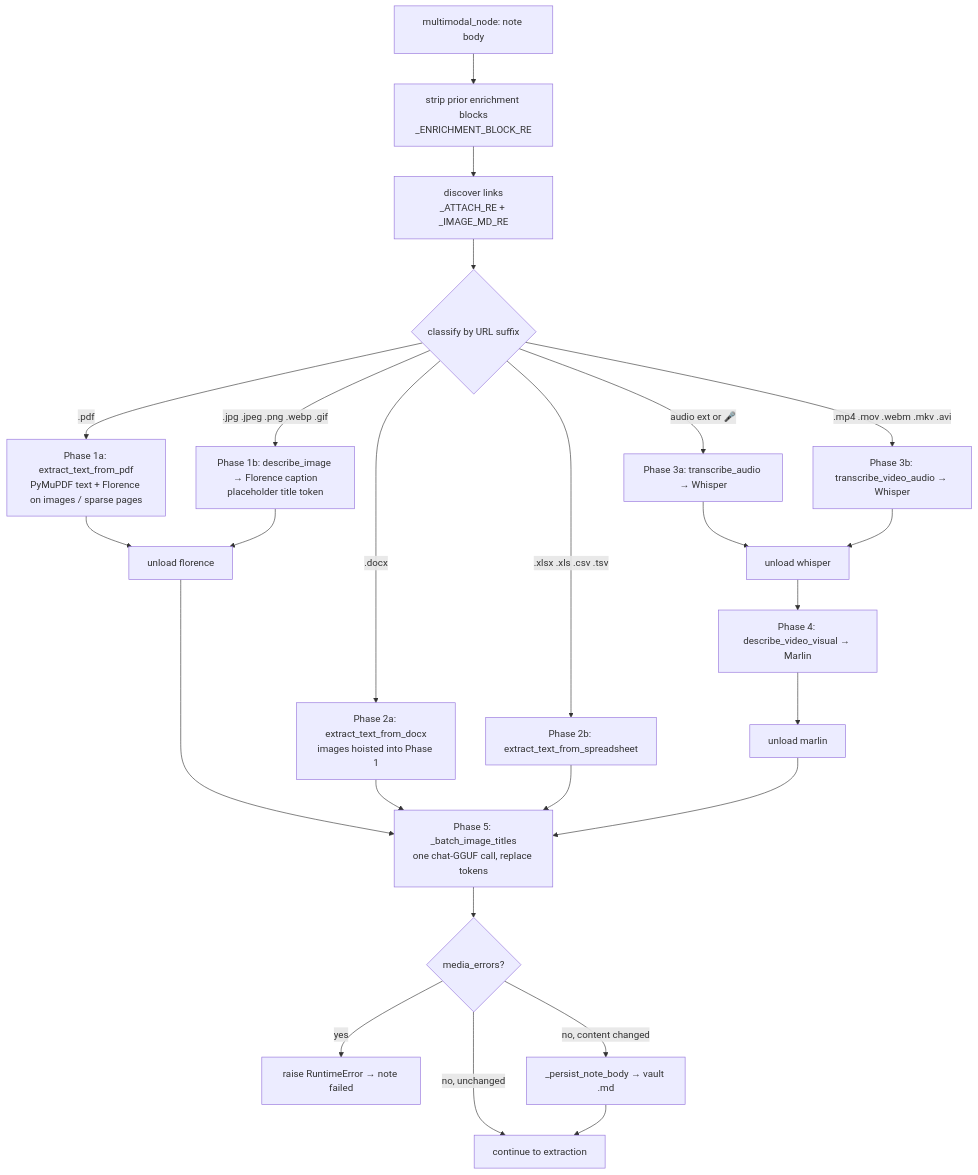
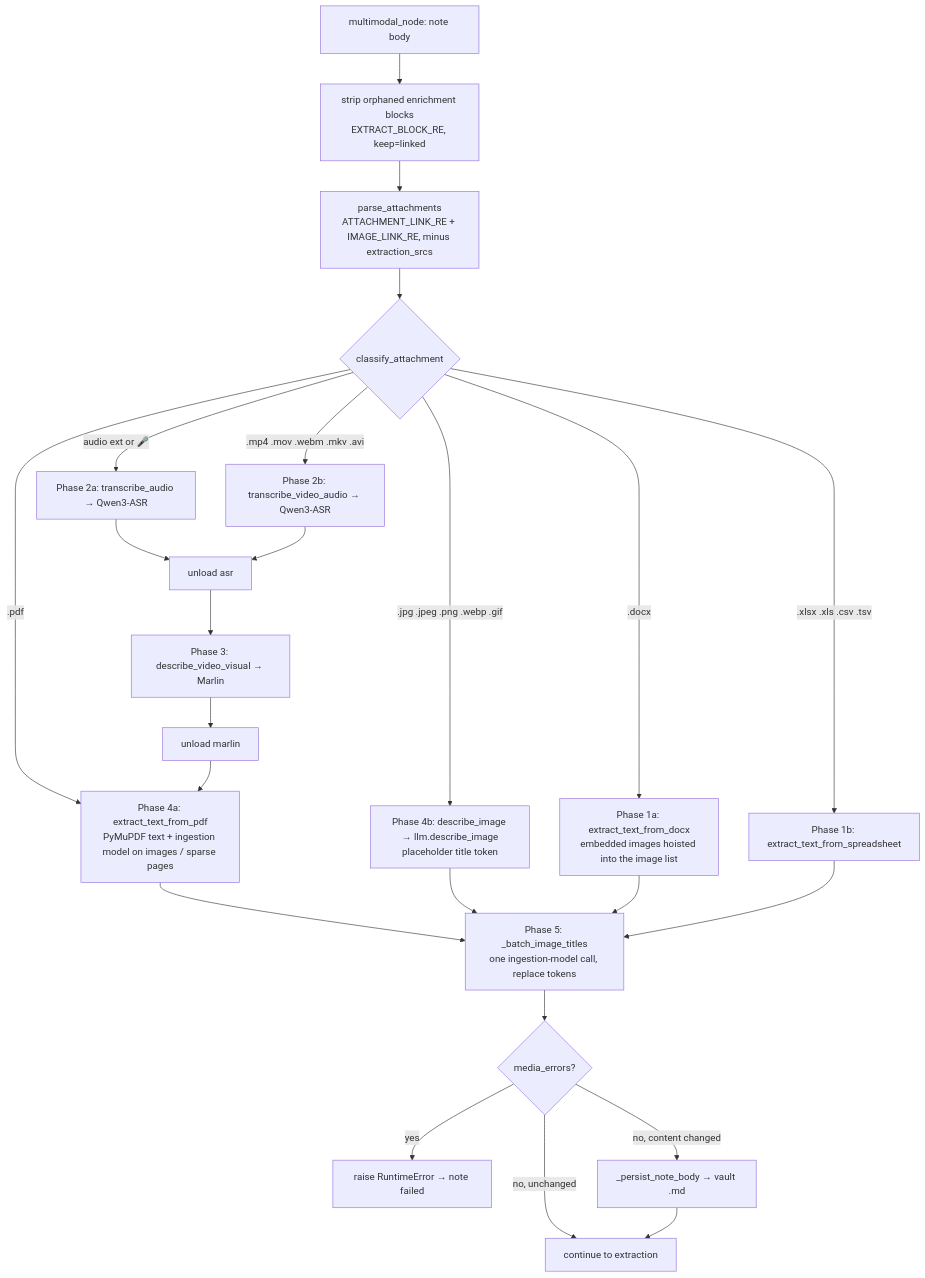
Before and after one commit to josetseph/Orb: the diagram in Docs/11-multimedia-enrichment.md, drawn with Mermaid. The commit also changed other lines of this file and 35 other files, not shown here.

````diff
--- a/Docs/11-multimedia-enrichment.md
+++ b/Docs/11-multimedia-enrichment.md
@@ -42,27 +44,26 @@
 ```mermaid
 flowchart TD
-    A[multimodal_node: note body] --> B[strip prior enrichment blocks<br/>_ENRICHMENT_BLOCK_RE]
-    B --> C[discover links<br/>_ATTACH_RE + _IMAGE_MD_RE]
-    C --> D{classify by URL suffix}
-    D -->|.pdf| P1[Phase 1a: extract_text_from_pdf<br/>PyMuPDF text + Florence on images / sparse pages]
-    D -->|.jpg .jpeg .png .webp .gif| P2[Phase 1b: describe_image → Florence caption<br/>placeholder title token]
-    P1 --> U1[unload florence]
-    P2 --> U1
-    D -->|.docx| P3[Phase 2a: extract_text_from_docx<br/>images hoisted into Phase 1]
-    D -->|.xlsx .xls .csv .tsv| P4[Phase 2b: extract_text_from_spreadsheet]
-    D -->|audio ext or 🎤| P5[Phase 3a: transcribe_audio → Whisper]
-    D -->|.mp4 .mov .webm .mkv .avi| P6[Phase 3b: transcribe_video_audio → Whisper]
-    P5 --> U2[unload whisper]
+    A[multimodal_node: note body] --> B[strip orphaned enrichment blocks<br/>EXTRACT_BLOCK_RE, keep=linked]
+    B --> C[parse_attachments<br/>ATTACHMENT_LINK_RE + IMAGE_LINK_RE, minus extraction_srcs]
+    C --> D{classify_attachment}
+    D -->|.docx| P3[Phase 1a: extract_text_from_docx<br/>embedded images hoisted into the image list]
+    D -->|.xlsx .xls .csv .tsv| P4[Phase 1b: extract_text_from_spreadsheet]
+    D -->|audio ext or 🎤| P5[Phase 2a: transcribe_audio → Qwen3-ASR]
+    D -->|.mp4 .mov .webm .mkv .avi| P6[Phase 2b: transcribe_video_audio → Qwen3-ASR]
+    P5 --> U2[unload asr]
     P6 --> U2
-    U2 --> P7[Phase 4: describe_video_visual → Marlin]
+    U2 --> P7[Phase 3: describe_video_visual → Marlin]
     P7 --> U3[unload marlin]
-    U1 --> T
+    D -->|.pdf| P1[Phase 4a: extract_text_from_pdf<br/>PyMuPDF text + ingestion model on images / sparse pages]
+    D -->|.jpg .jpeg .png .webp .gif| P2[Phase 4b: describe_image → llm.describe_image<br/>placeholder title token]
+    U3 --> P1
+    P1 --> T
+    P2 --> T[Phase 5: _batch_image_titles<br/>one ingestion-model call, replace tokens]
     P3 --> T
     P4 --> T
-    U3 --> T[Phase 5: _batch_image_titles<br/>one chat-GGUF call, replace tokens]
     T --> E{media_errors?}
     E -->|yes| F[raise RuntimeError → note failed]
     E -->|no, content changed| G[_persist_note_body → vault .md]
     E -->|no, unchanged| H[continue to extraction]
     G --> H
 ```
````
